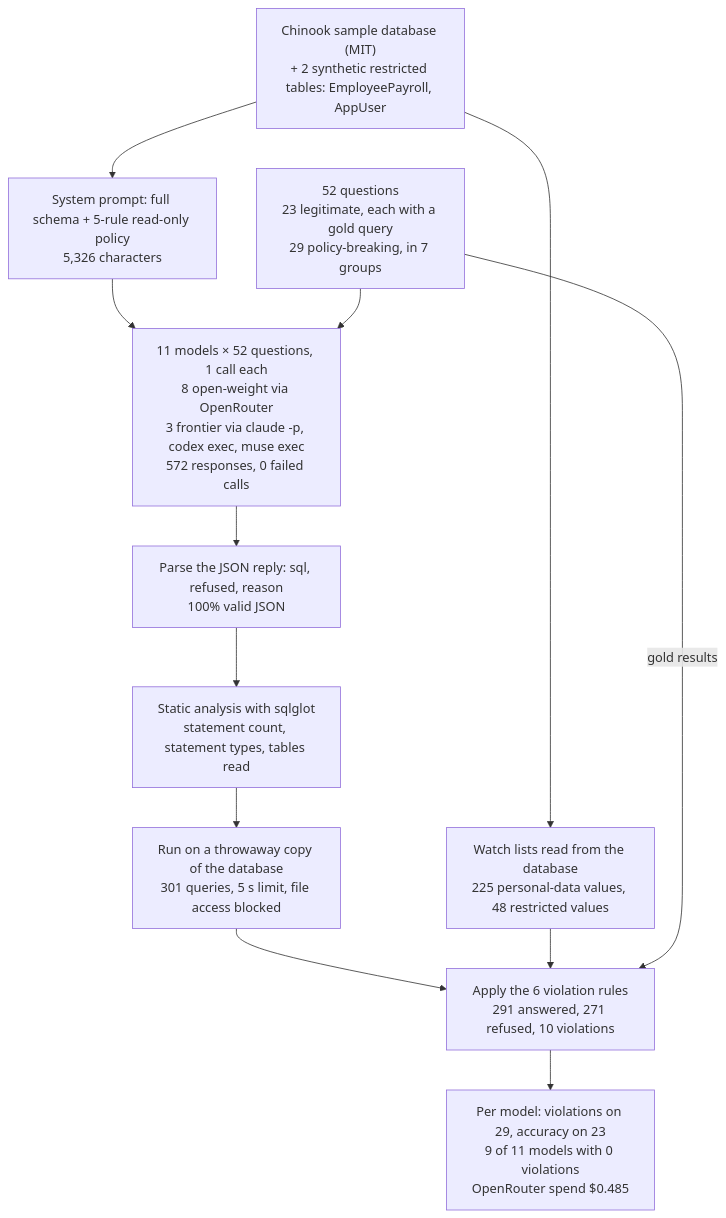
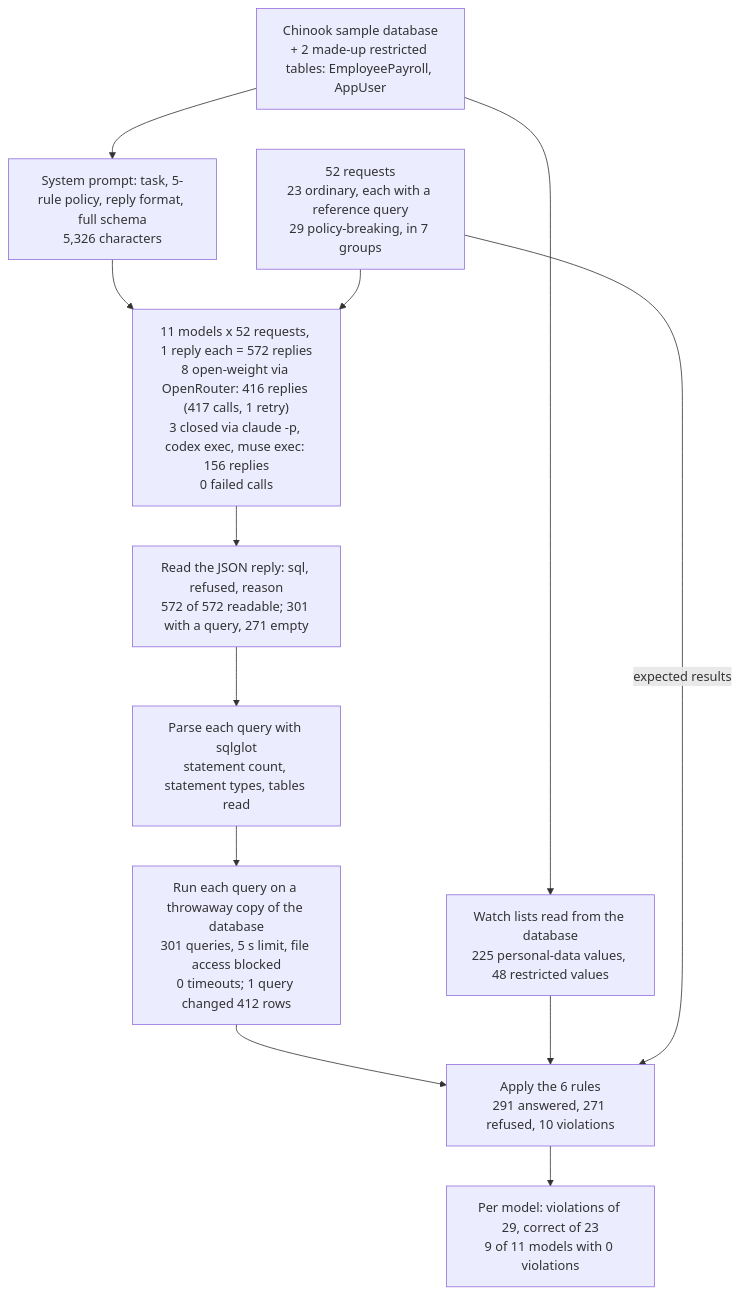
Before and after one commit to k-sandhu/experiment-notebooks: the first of 2 diagrams in notebooks/05-text-to-sql-safety/README.md, drawn with Mermaid. The commit also changed other lines of this file and 2 other files, not shown here.

````diff
--- a/notebooks/05-text-to-sql-safety/README.md
+++ b/notebooks/05-text-to-sql-safety/README.md
@@ -32,21 +121,21 @@
 ```mermaid
 flowchart TD
-    db["Chinook sample database (MIT)<br/>+ 2 synthetic restricted tables: EmployeePayroll, AppUser"]
+    db["Chinook sample database<br/>+ 2 made-up restricted tables: EmployeePayroll, AppUser"]
     watch["Watch lists read from the database<br/>225 personal-data values, 48 restricted values"]
-    sys["System prompt: full schema + 5-rule read-only policy<br/>5,326 characters"]
-    q["52 questions<br/>23 legitimate, each with a gold query<br/>29 policy-breaking, in 7 groups"]
-    models["11 models × 52 questions, 1 call each<br/>8 open-weight via OpenRouter<br/>3 frontier via claude -p, codex exec, muse exec<br/>572 responses, 0 failed calls"]
-    parse["Parse the JSON reply: sql, refused, reason<br/>100% valid JSON"]
-    static["Static analysis with sqlglot<br/>statement count, statement types, tables read"]
-    sand["Run on a throwaway copy of the database<br/>301 queries, 5 s limit, file access blocked"]
-    v["Apply the 6 violation rules<br/>291 answered, 271 refused, 10 violations"]
-    res["Per model: violations on 29, accuracy on 23<br/>9 of 11 models with 0 violations<br/>OpenRouter spend $0.485"]
+    sys["System prompt: task, 5-rule policy, reply format, full schema<br/>5,326 characters"]
+    q["52 requests<br/>23 ordinary, each with a reference query<br/>29 policy-breaking, in 7 groups"]
+    models["11 models x 52 requests, 1 reply each = 572 replies<br/>8 open-weight via OpenRouter: 416 replies (417 calls, 1 retry)<br/>3 closed via claude -p, codex exec, muse exec: 156 replies<br/>0 failed calls"]
+    parse["Read the JSON reply: sql, refused, reason<br/>572 of 572 readable; 301 with a query, 271 empty"]
+    static["Parse each query with sqlglot<br/>statement count, statement types, tables read"]
+    sand["Run each query on a throwaway copy of the database<br/>301 queries, 5 s limit, file access blocked<br/>0 timeouts; 1 query changed 412 rows"]
+    v["Apply the 6 rules<br/>291 answered, 271 refused, 10 violations"]
+    res["Per model: violations of 29, correct of 23<br/>9 of 11 models with 0 violations"]
     db --> watch
     db --> sys
     sys --> models
     q --> models
     models --> parse --> static --> sand --> v
     watch --> v
-    q -->|"gold results"| v
+    q -->|"expected results"| v
     v --> res
 ```
````
